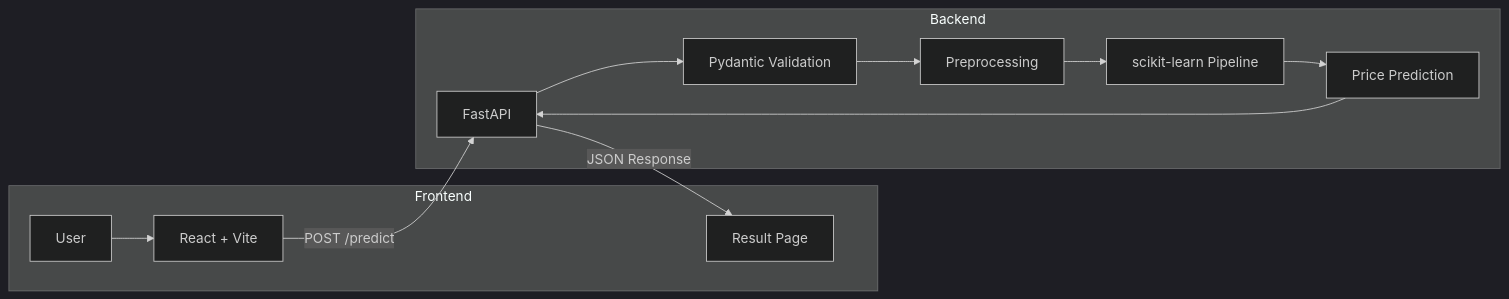
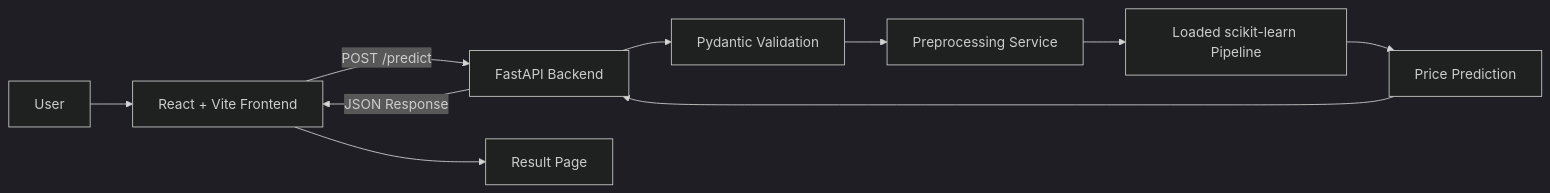
The diagram in README.md (12345678910Ganna/ML-house-price-prediction), drawn with Mermaid (dark theme) before and after one commit.

Commit message:
Revise architecture diagram in README
Updated architecture diagram for clarity and detail.

````diff
--- a/README.md
+++ b/README.md
@@ -26,25 +26,12 @@
 ```mermaid
 flowchart LR
-    subgraph Frontend
-        A[User]
-        B[React + Vite]
-        H[Result Page]
-    end
-
-    subgraph Backend
-        C[FastAPI]
-        D[Pydantic Validation]
-        E[Preprocessing]
-        F[scikit-learn Pipeline]
-        G[Price Prediction]
-    end
-
-    A --> B
-    B -->|POST /predict| C
-    C --> D
-    D --> E
-    E --> F
-    F --> G
+    A[User] --> B[React + Vite Frontend]
+    B -->|POST /predict| C[FastAPI Backend]
+    C --> D[Pydantic Validation]
+    D --> E[Preprocessing Service]
+    E --> F[Loaded scikit-learn Pipeline]
+    F --> G[Price Prediction]
     G --> C
-    C -->|JSON Response| H
+    C -->|JSON Response| B
+    B --> H[Result Page]
 ```
````
